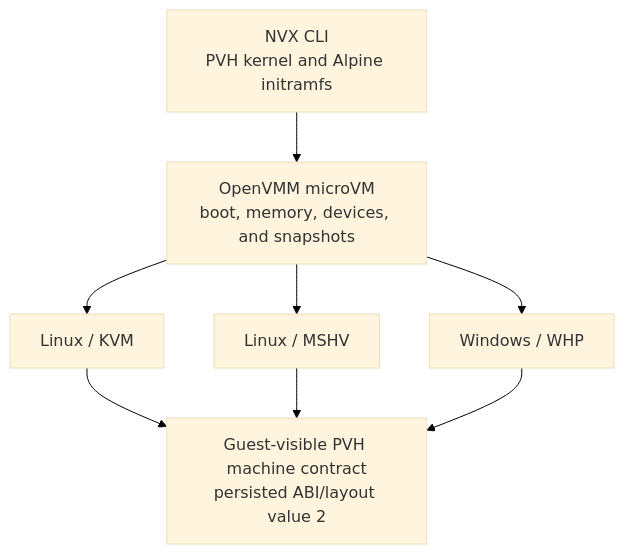
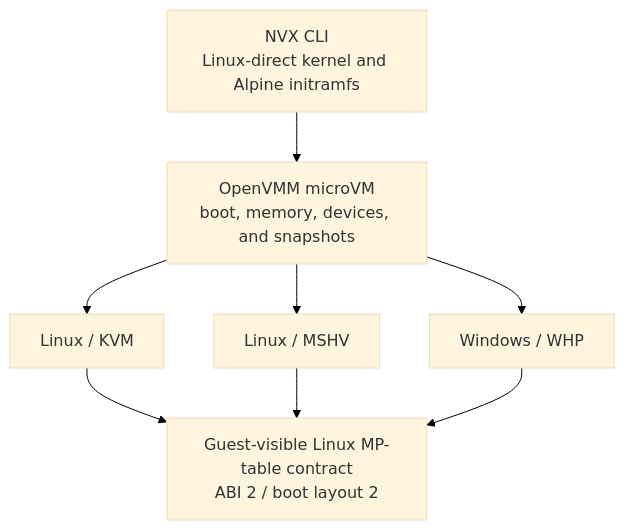
One commit to microsoft/nvx changed the diagram in doc/design/goals.md. Above: the diagram before and after it, drawn with Mermaid. The commit also changed other lines of this file and 23 other files, not shown here.

First line of the commit message:
microvm: integrate MP-table boot and restore

````diff
--- a/doc/design/goals.md
+++ b/doc/design/goals.md
@@ -27,18 +27,18 @@
 ```mermaid
 %%{init: {"theme": "base", "themeVariables": {"background": "#ffffff"}}}%%
 flowchart TB
-   Inputs["NVX CLI<br/>PVH kernel and Alpine initramfs"]
+   Inputs["NVX CLI<br/>Linux-direct kernel and Alpine initramfs"]
    Profile["OpenVMM microVM<br/>boot, memory, devices, and snapshots"]
    Kvm["Linux / KVM"]
    Mshv["Linux / MSHV"]
    Whp["Windows / WHP"]
-   Contract["Guest-visible PVH machine contract<br/>persisted ABI/layout value 2"]
+   Contract["Guest-visible Linux MP-table contract<br/>ABI 2 / boot layout 2"]
 
    Inputs --> Profile
    Profile --> Kvm
    Profile --> Mshv
    Profile --> Whp
    Kvm --> Contract
    Mshv --> Contract
    Whp --> Contract
 ```
````
